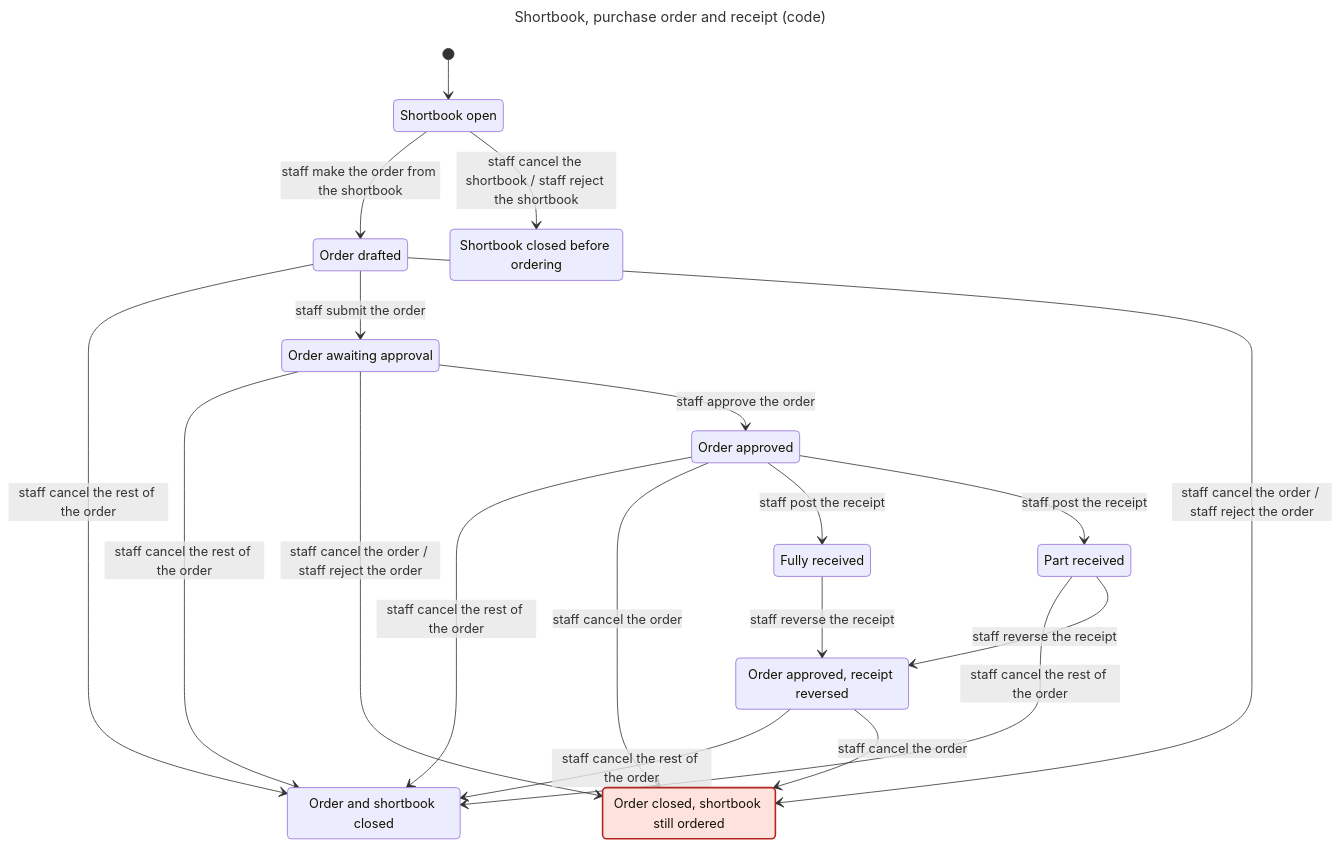
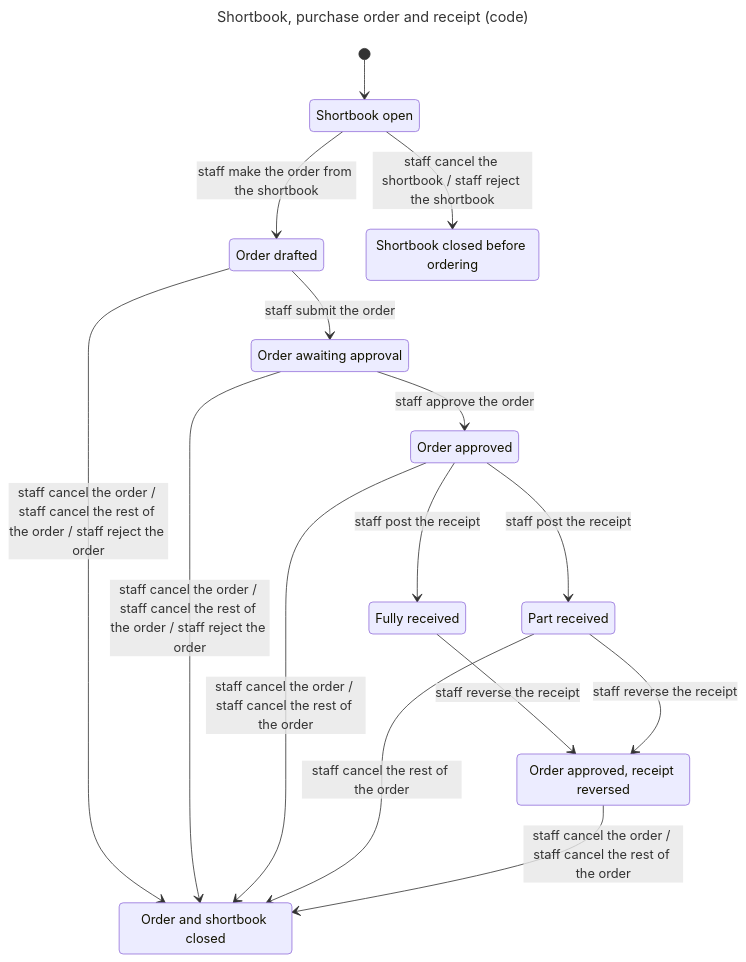
Before and after one commit to nareshshah139/Clinic_Management_System: the diagram in verification/state-machines/inventory-documents/results/code.mmd, drawn with Mermaid. The commit also changed 9 other files, not shown here.

First line of the commit message:
Model the order close that closes its shortbook

```diff
--- a/verification/state-machines/inventory-documents/results/code.mmd
+++ b/verification/state-machines/inventory-documents/results/code.mmd
@@ -1,36 +1,30 @@
 ---
 title: "Shortbook, purchase order and receipt (code)"
 ---
 stateDiagram-v2
   state "Shortbook open" as s0
   state "Order drafted" as s1
   state "Shortbook closed before ordering" as s2
   state "Order and shortbook closed" as s3
   state "Order awaiting approval" as s4
-  state "Order closed, shortbook still ordered" as s5
-  state "Order approved" as s6
-  state "Fully received" as s7
-  state "Part received" as s8
-  state "Order approved, receipt reversed" as s9
+  state "Order approved" as s5
+  state "Fully received" as s6
+  state "Part received" as s7
+  state "Order approved, receipt reversed" as s8
   [*] --> s0
   s0 --> s1: staff make the order from the shortbook
   s0 --> s2: staff cancel the shortbook / staff reject the shortbook
-  s1 --> s3: staff cancel the rest of the order
+  s1 --> s3: staff cancel the order / staff cancel the rest of the order / staff reject the order
   s1 --> s4: staff submit the order
-  s1 --> s5: staff cancel the order / staff reject the order
-  s4 --> s3: staff cancel the rest of the order
-  s4 --> s5: staff cancel the order / staff reject the order
-  s4 --> s6: staff approve the order
-  s6 --> s3: staff cancel the rest of the order
-  s6 --> s5: staff cancel the order
-  s6 --> s7: staff post the receipt
-  s6 --> s8: staff post the receipt
-  s7 --> s9: staff reverse the receipt
-  s8 --> s3: staff cancel the rest of the order
-  s8 --> s9: staff reverse the receipt
-  s9 --> s3: staff cancel the rest of the order
-  s9 --> s5: staff cancel the order
+  s4 --> s3: staff cancel the order / staff cancel the rest of the order / staff reject the order
+  s4 --> s5: staff approve the order
+  s5 --> s3: staff cancel the order / staff cancel the rest of the order
+  s5 --> s6: staff post the receipt
+  s5 --> s7: staff post the receipt
+  s6 --> s8: staff reverse the receipt
+  s7 --> s3: staff cancel the rest of the order
+  s7 --> s8: staff reverse the receipt
+  s8 --> s3: staff cancel the order / staff cancel the rest of the order
   classDef breaks fill:#fde2dd,stroke:#b3261e,stroke-width:2px
   classDef stuck fill:#fdf0d5,stroke:#a35a05,stroke-width:2px,stroke-dasharray:5 3
   classDef breaksAndStuck fill:#fde2dd,stroke:#a35a05,stroke-width:2px,stroke-dasharray:5 3
-  class s5 breaks
```
